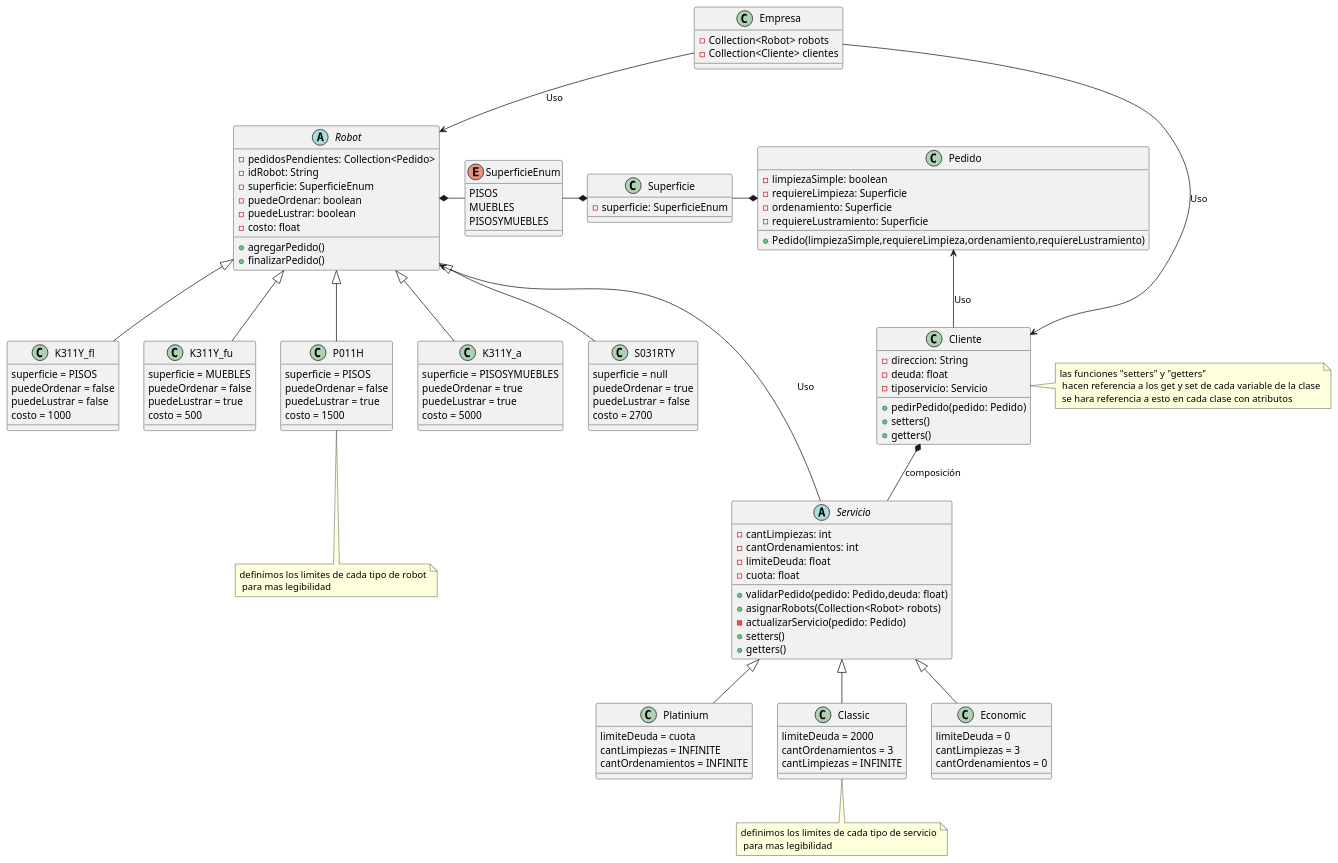
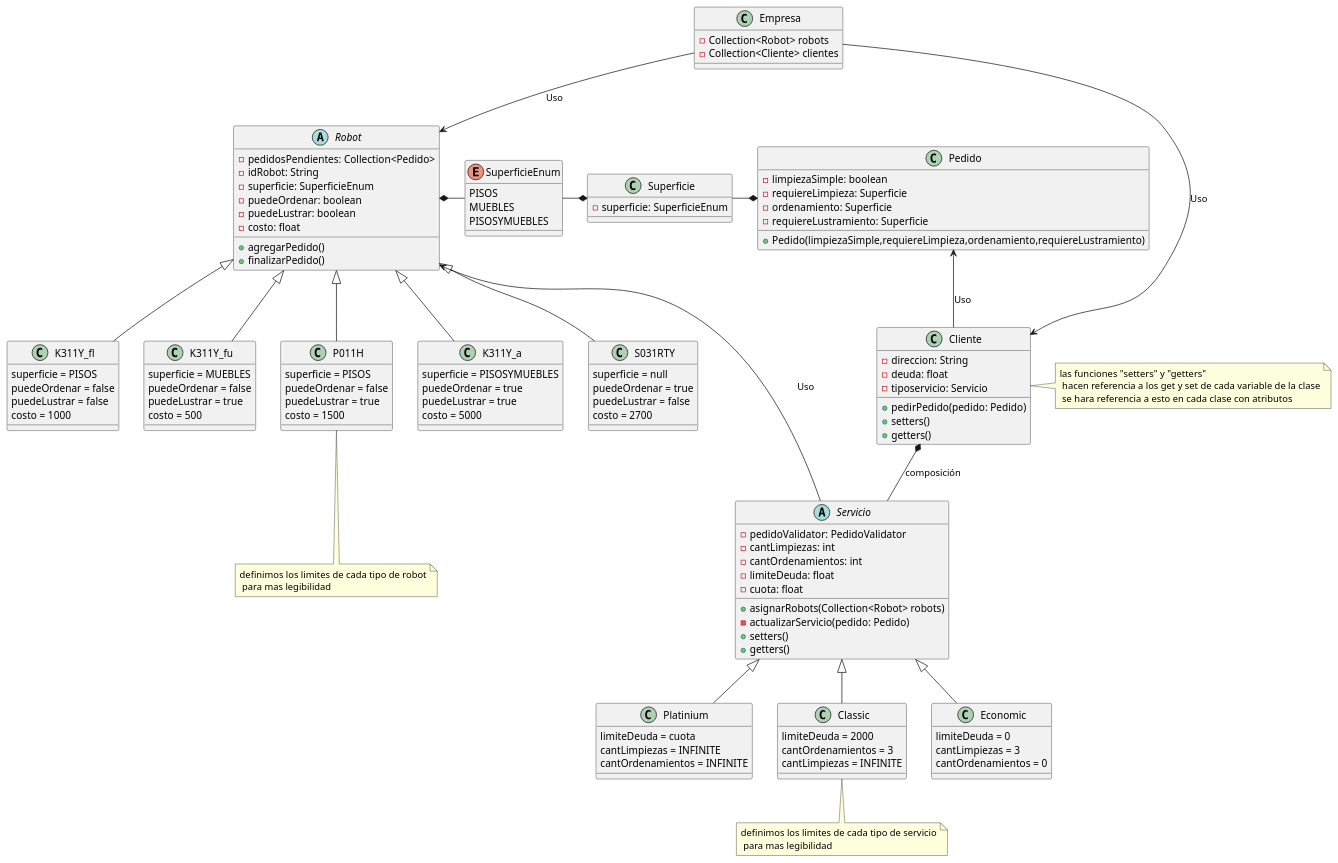
Before and after one commit to bacarvalho/TrabajoPractico: the diagram in src/main/java/com/grupo4/trabajo/Diagramas/diagrama_clases.puml, drawn with PlantUML.

Commit message:
cambio en el diagrama

```diff
--- a/src/main/java/com/grupo4/trabajo/Diagramas/diagrama_clases.puml
+++ b/src/main/java/com/grupo4/trabajo/Diagramas/diagrama_clases.puml
@@ -1,144 +1,144 @@
 @startuml
 'https://plantuml.com/class-diagram
 
 
 class Cliente{
 -direccion: String
 -deuda: float
 -tiposervicio: Servicio
 
 +pedirPedido(pedido: Pedido)
 +setters()
 +getters()
 }
 
 class Empresa{
 -Collection<Robot> robots
 -Collection<Cliente> clientes
 }
 
 
 abstract class Servicio{
+- pedidoValidator: PedidoValidator
 - cantLimpiezas: int
 - cantOrdenamientos: int
 - limiteDeuda: float
  -cuota: float
 
-+validarPedido(pedido: Pedido,deuda: float)
 +asignarRobots(Collection<Robot> robots)
 -actualizarServicio(pedido: Pedido)
 +setters()
 +getters()
 }
 
 abstract class Robot{
 - pedidosPendientes: Collection<Pedido>
 - idRobot: String
 - superficie: SuperficieEnum
 - puedeOrdenar: boolean
 - puedeLustrar: boolean
 - costo: float
 
 +agregarPedido()
 +finalizarPedido()
 }
 
 class K311Y_fl{
  superficie = PISOS
  puedeOrdenar = false
  puedeLustrar = false
  costo = 1000
 }
 class K311Y_fu{
 superficie = MUEBLES
  puedeOrdenar = false
  puedeLustrar = true
  costo = 500
 }
 class P011H{
 superficie = PISOS
  puedeOrdenar = false
  puedeLustrar = true
  costo = 1500
 }
 class K311Y_a{
  superficie = PISOSYMUEBLES
  puedeOrdenar = true
  puedeLustrar = true
  costo = 5000
 }
 class S031RTY{
 superficie = null
  puedeOrdenar = true
  puedeLustrar = false
  costo = 2700
 }
 
 class Platinium{
 limiteDeuda = cuota
 cantLimpiezas = INFINITE
 cantOrdenamientos = INFINITE
 }
 class Classic{
 limiteDeuda = 2000
 cantOrdenamientos = 3
 cantLimpiezas = INFINITE
 }
 
 class Economic{
 limiteDeuda = 0
 cantLimpiezas = 3
 cantOrdenamientos = 0
 }
 
 
 
 
 class Pedido{
 - limpiezaSimple: boolean
 - requiereLimpieza: Superficie
 - ordenamiento: Superficie
 - requiereLustramiento: Superficie
 
 +Pedido(limpiezaSimple,requiereLimpieza,ordenamiento,requiereLustramiento)
 }
 
 enum SuperficieEnum{
 PISOS
 MUEBLES
 PISOSYMUEBLES
 }
 
 class Superficie{
 - superficie: SuperficieEnum
 }
 
 Robot <|-- K311Y_fl
 Robot <|-- K311Y_fu
 Robot <|-- P011H
 Robot <|-- K311Y_a
 Robot <|-- S031RTY
 
 Servicio <|-- Platinium
 Servicio <|-- Classic
 Servicio <|-- Economic
 
 Robot <-- Servicio : Uso
 
 Pedido <--  Cliente : Uso
 
 Cliente <-up- Empresa  : Uso
 
 Robot <-up-  Empresa : Uso
 
 Cliente *--  Servicio : composición
 
 Superficie *-left- SuperficieEnum
 Robot *-right- SuperficieEnum
 Pedido *-left- Superficie
 
 note bottom of Classic : definimos los limites de cada tipo de servicio\n para mas legibilidad
 note bottom of P011H : definimos los limites de cada tipo de robot\n para mas legibilidad
 note right of Cliente : las funciones "setters" y "getters" \n hacen referencia a los get y set de cada variable de la clase\n se hara referencia a esto en cada clase con atributos
 
 @enduml
```
